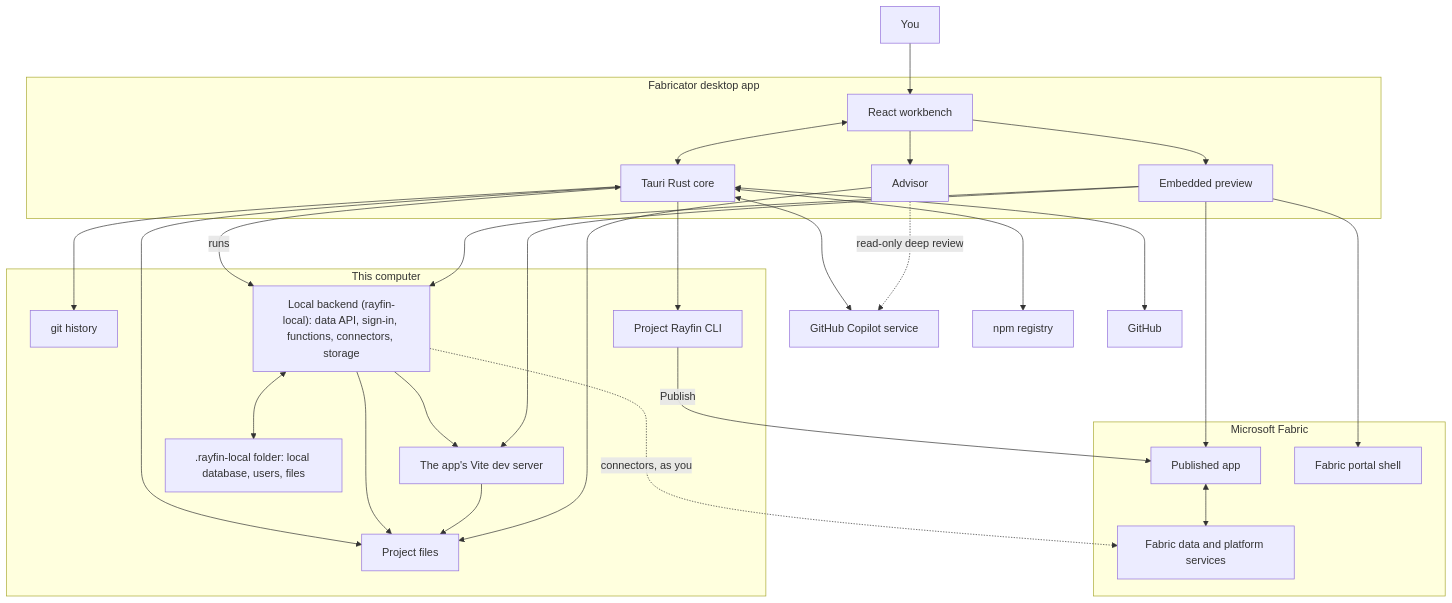
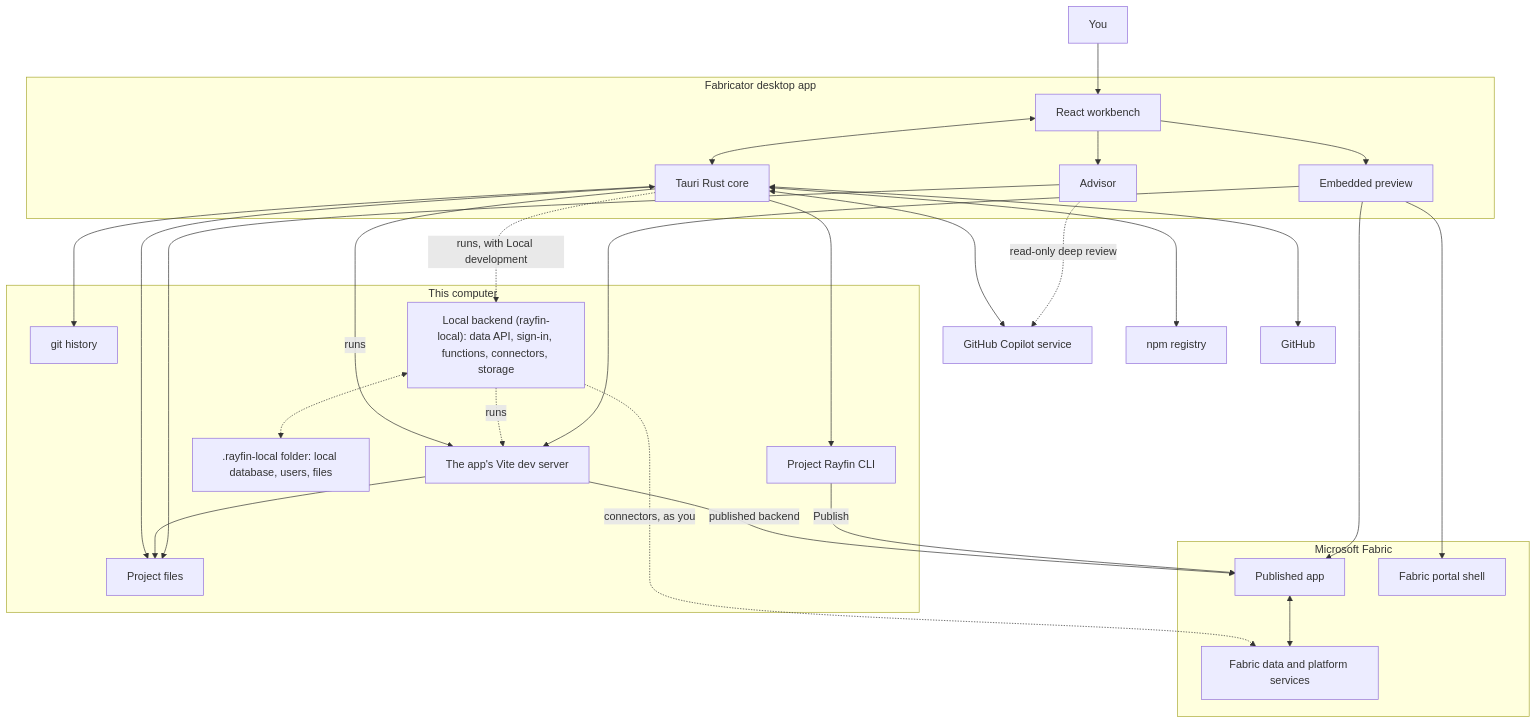
One commit to spatney/rayfin-fabricator changed the diagram in website/content/docs/reference/how-it-works.mdx. Above: the diagram before and after it, drawn with Mermaid. The commit also changed other lines of this file and 43 other files, not shown here.

First line of the commit message:
Docs: Local development as an experiment, and Publish

````diff
--- a/website/content/docs/reference/how-it-works.mdx
+++ b/website/content/docs/reference/how-it-works.mdx
@@ -38,62 +56,63 @@
 ```mermaid
 flowchart TD
   User["You"]
 
   subgraph Desktop["Fabricator desktop app"]
     UI["React workbench"]
     Core["Tauri Rust core"]
     Preview["Embedded preview"]
     Advisor["Advisor"]
   end
 
   subgraph Computer["This computer"]
     Files["Project files"]
     Git["git history"]
+    Vite["The app's Vite dev server"]
+    RayfinCli["Project Rayfin CLI"]
     Backend["Local backend (rayfin-local): data API, sign-in, functions, connectors, storage"]
-    Vite["The app's Vite dev server"]
     LocalData[".rayfin-local folder: local database, users, files"]
-    RayfinCli["Project Rayfin CLI"]
   end
 
   Copilot["GitHub Copilot service"]
   Npm["npm registry"]
   GitHub["GitHub"]
 
   subgraph Fabric["Microsoft Fabric"]
     Runtime["Published app"]
     Data["Fabric data and platform services"]
     Portal["Fabric portal shell"]
   end
 
   User --> UI
   UI <--> Core
   UI --> Preview
   UI --> Advisor
   Core <--> Files
   Core --> Git
-  Core -- "runs" --> Backend
   Core --> RayfinCli
   Core <--> Copilot
   Core <--> GitHub
   Core <--> Npm
-  Backend --> Vite
-  Backend <--> LocalData
-  Backend --> Files
+  Core -- "runs" --> Vite
+  Core -. "runs, with Local development" .-> Backend
+  Backend -. "runs" .-> Vite
+  Backend <-.-> LocalData
+  Backend -. "connectors, as you" .-> Data
   Vite --> Files
-  Backend -. "connectors, as you" .-> Data
+  Vite -- "published backend" --> Runtime
   Preview --> Vite
-  Preview --> Backend
+  Preview --> Runtime
+  Preview --> Portal
   RayfinCli -- "Publish" --> Runtime
   Runtime <--> Data
-  Preview --> Runtime
-  Preview --> Portal
   Advisor --> Files
   Advisor -. "read-only deep review" .-> Copilot
 
   class User actor
   class UI,Core,Preview,Advisor service
-  class Backend,Vite service
-  class Files,Git,LocalData,RayfinCli store
+  class Vite service
+  class Files,Git,RayfinCli store
+  class Backend,LocalData experimental
   class Copilot,Npm,GitHub external
   class Runtime,Data,Portal external
 ```
````
